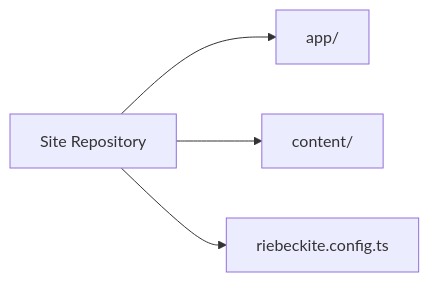
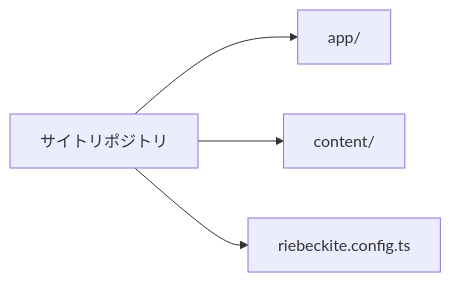
The first of 10 diagrams in docs/docs/guides/content-repositories.ja.md (Rerurate514/riebeckite), drawn with Mermaid before and after one commit. The commit also changed other lines of this file and 3 other files, not shown here.

````diff
--- a/docs/docs/guides/content-repositories.ja.md
+++ b/docs/docs/guides/content-repositories.ja.md
@@ -61,8 +31,8 @@
 ```mermaid
 flowchart LR
-    Repo["Site Repository"]
+    Repo["サイトリポジトリ"]
 
     Repo --> App["app/"]
     Repo --> Content["content/"]
     Repo --> Config["riebeckite.config.ts"]
 ```
````
